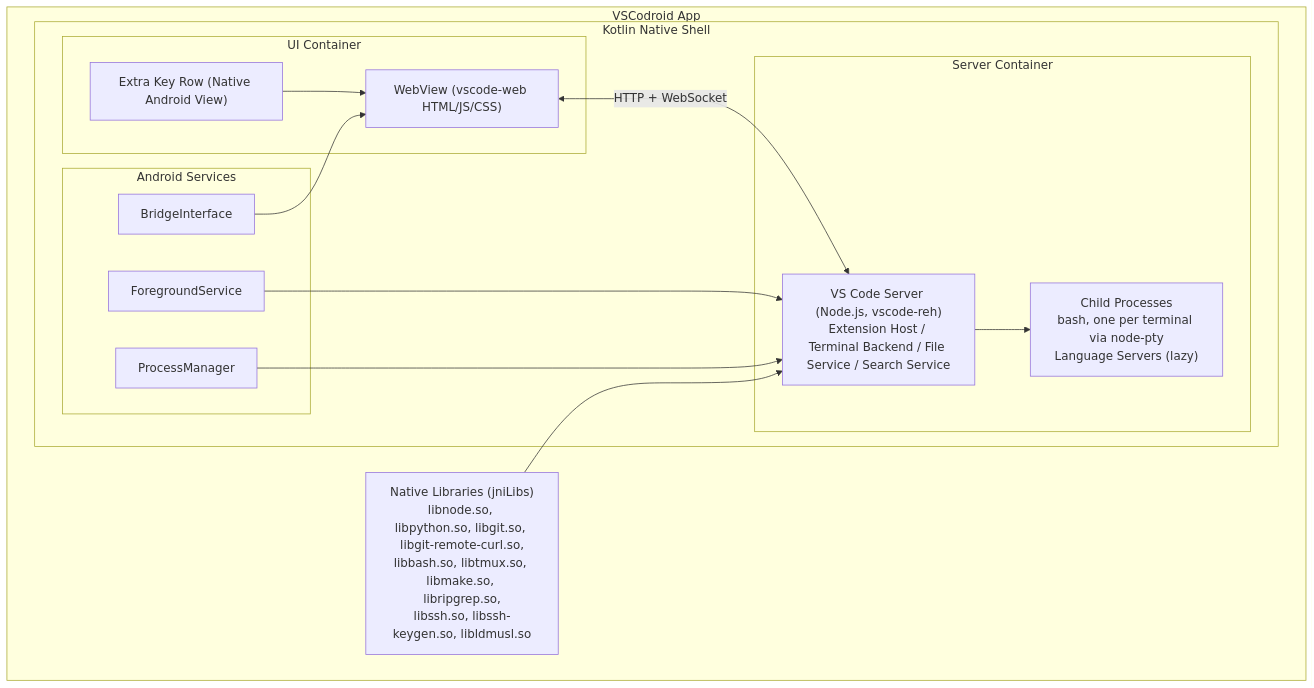
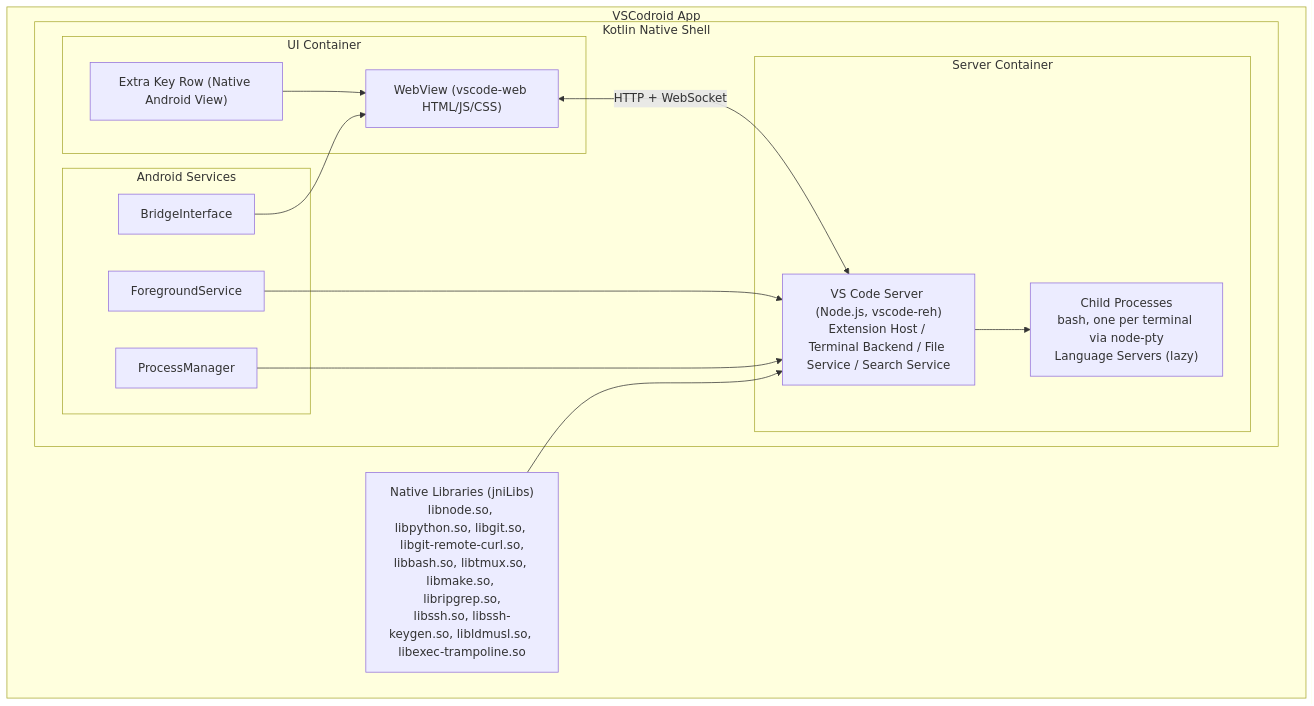
The third of 12 diagrams in docs/03-ARCHITECTURE.md (cuixinyuan666/vscodroid), drawn with Mermaid before and after one commit. The commit also changed other lines of this file and 9 other files, not shown here.

````diff
--- a/docs/03-ARCHITECTURE.md
+++ b/docs/03-ARCHITECTURE.md
@@ -85,32 +85,32 @@
 ```mermaid
 flowchart TD
   subgraph APP["VSCodroid App"]
     subgraph SHELL["Kotlin Native Shell"]
       subgraph UI["UI Container"]
         WEBVIEW["WebView (vscode-web HTML/JS/CSS)"]
         EXTRAROW["Extra Key Row (Native Android View)"]
       end
 
       subgraph SERVER["Server Container"]
         VSS["VS Code Server (Node.js, vscode-reh)<br/>Extension Host / Terminal Backend / File Service / Search Service"]
         CHILD["Child Processes<br/>bash, one per terminal via node-pty<br/>Language Servers (lazy)"]
       end
 
       subgraph SERVICES["Android Services"]
         FGSVC["ForegroundService"]
         PM["ProcessManager"]
         BRIDGE["BridgeInterface"]
       end
     end
 
-    LIBS["Native Libraries (jniLibs)<br/>libnode.so, libpython.so, libgit.so, libgit-remote-curl.so,<br/>libbash.so, libtmux.so, libmake.so, libripgrep.so,<br/>libssh.so, libssh-keygen.so, libldmusl.so"]
+    LIBS["Native Libraries (jniLibs)<br/>libnode.so, libpython.so, libgit.so, libgit-remote-curl.so,<br/>libbash.so, libtmux.so, libmake.so, libripgrep.so,<br/>libssh.so, libssh-keygen.so, libldmusl.so, libexec-trampoline.so"]
   end
 
   EXTRAROW --> WEBVIEW
   WEBVIEW <-->|"HTTP + WebSocket"| VSS
   VSS --> CHILD
   FGSVC --> VSS
   PM --> VSS
   BRIDGE --> WEBVIEW
   LIBS --> VSS
 ```
````
